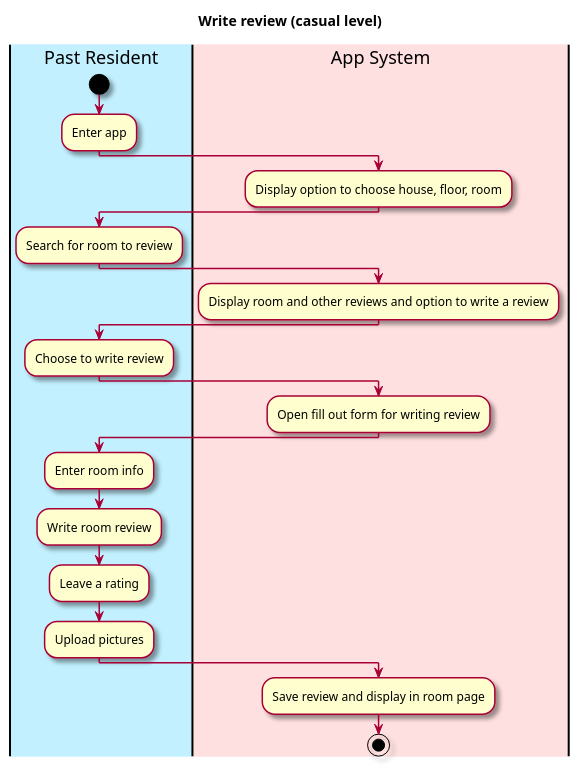
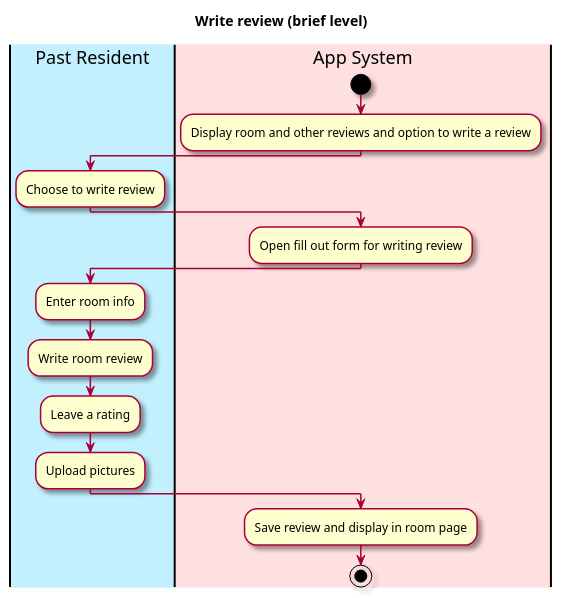
One commit to alexandraguillen12/Dorm-Review-App changed the diagram in intellij/doc/use-cases/write-review.md. Above: the diagram before and after it, drawn with PlantUML. The commit also changed other lines of this file and 3 other files, not shown here.

Commit message:
Revised vision, glossary, and write-review, and deleted use case template

````diff
--- a/intellij/doc/use-cases/write-review.md
+++ b/intellij/doc/use-cases/write-review.md
@@ -43,43 +30,35 @@
 ```plantuml
 @startuml
 
 skin rose
 
-title Write review (casual level)
+title Write review (brief level)
 
 'define the lanes
 |#application|Past Resident|
 ''|#technology|Past Residents|
 |#implementation|App System|
 
-|Past Resident|
-start
-:Enter app;
 
 |App System|
-:Display option to choose house, floor, room;
-
-|Past Resident|
-:Search for room to review;
-
-|App System|
+start
 :Display room and other reviews and option to write a review;
 
 |Past Resident|
 :Choose to write review;
 
 |App System|
 :Open fill out form for writing review;
 
 |Past Resident|
   :Enter room info;
   :Write room review;
   :Leave a rating;
   :Upload pictures;
   |Past Resident|
 
 |App System|
 :Save review and display in room page;
 stop
 @enduml
 ```
````
